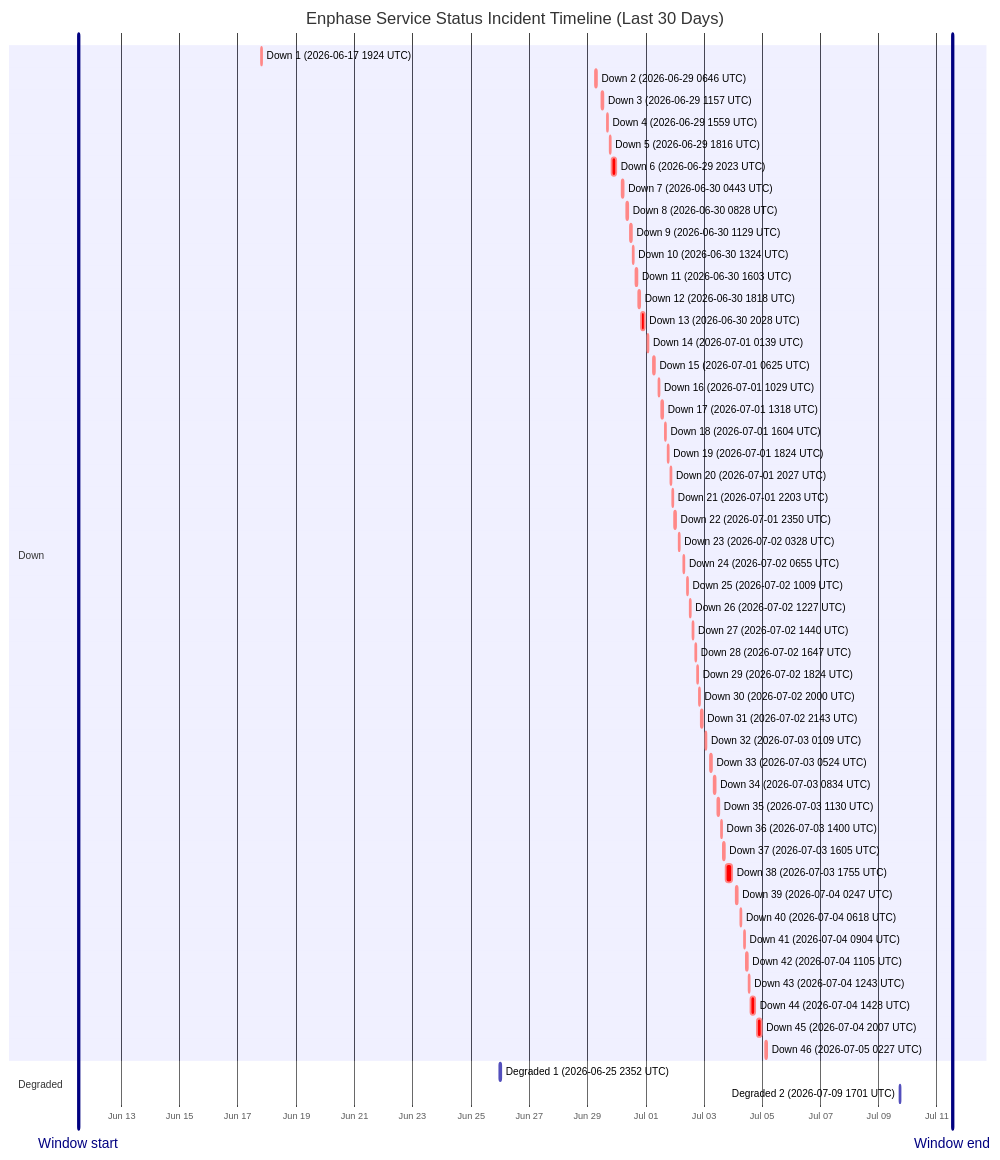
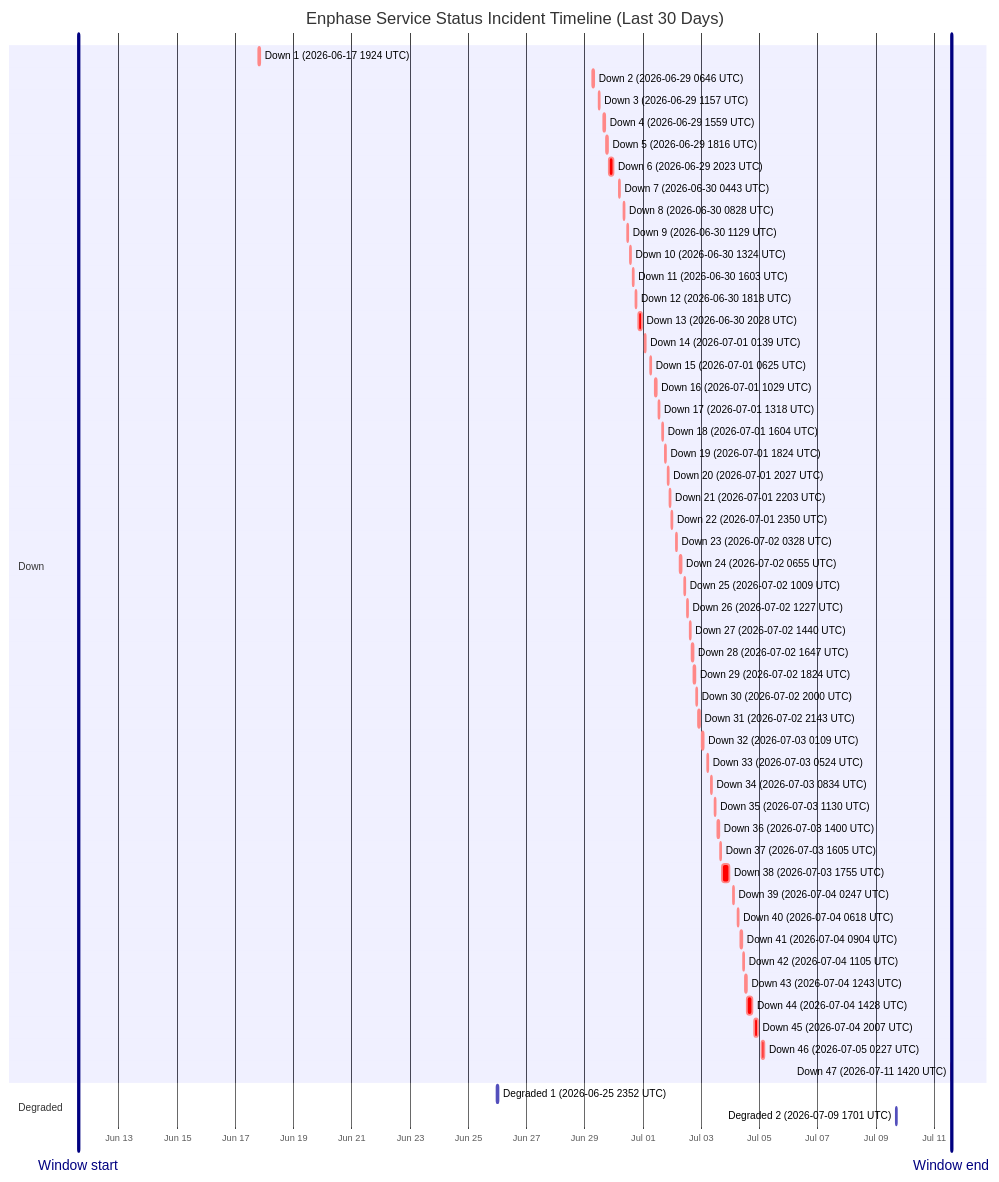
One commit to barneyonline/ha-enphase-energy changed the diagram in wiki/Service-Status-History.md. Above: the diagram before and after it, drawn with Mermaid. The commit also changed other lines of this file and 5 other files, not shown here.

````diff
--- a/wiki/Service-Status-History.md
+++ b/wiki/Service-Status-History.md
@@ -14,58 +14,59 @@
 ```mermaid
 gantt
     title Enphase Service Status Incident Timeline (Last 30 Days)
     dateFormat  YYYY-MM-DDTHH:mm:ss
     axisFormat  %b %d
-    Window start :vert, window-start, 2026-06-11T12:31:45, 0ms
-    Window end :vert, window-end, 2026-07-11T12:31:45, 0ms
+    Window start :vert, window-start, 2026-06-11T14:20:54, 0ms
+    Window end :vert, window-end, 2026-07-11T14:20:54, 0ms
     section Down
     Down 1 (2026-06-17 1924 UTC) :crit, down-1, 2026-06-17T19:24:51, 60m
     Down 2 (2026-06-29 0646 UTC) :crit, down-2, 2026-06-29T06:46:18, 60m
     Down 3 (2026-06-29 1157 UTC) :crit, down-3, 2026-06-29T11:57:36, 60m
     Down 4 (2026-06-29 1559 UTC) :crit, down-4, 2026-06-29T15:59:02, 60m
     Down 5 (2026-06-29 1816 UTC) :crit, down-5, 2026-06-29T18:16:38, 60m
     Down 6 (2026-06-29 2023 UTC) :crit, down-6, 2026-06-29T20:23:16, 220m
     Down 7 (2026-06-30 0443 UTC) :crit, down-7, 2026-06-30T04:43:54, 60m
     Down 8 (2026-06-30 0828 UTC) :crit, down-8, 2026-06-30T08:28:43, 60m
     Down 9 (2026-06-30 1129 UTC) :crit, down-9, 2026-06-30T11:29:15, 60m
     Down 10 (2026-06-30 1324 UTC) :crit, down-10, 2026-06-30T13:24:25, 60m
     Down 11 (2026-06-30 1603 UTC) :crit, down-11, 2026-06-30T16:03:26, 60m
     Down 12 (2026-06-30 1818 UTC) :crit, down-12, 2026-06-30T18:18:39, 60m
     Down 13 (2026-06-30 2028 UTC) :crit, down-13, 2026-06-30T20:28:54, 171m
     Down 14 (2026-07-01 0139 UTC) :crit, down-14, 2026-07-01T01:39:18, 60m
     Down 15 (2026-07-01 0625 UTC) :crit, down-15, 2026-07-01T06:25:35, 60m
     Down 16 (2026-07-01 1029 UTC) :crit, down-16, 2026-07-01T10:29:24, 60m
     Down 17 (2026-07-01 1318 UTC) :crit, down-17, 2026-07-01T13:18:31, 60m
     Down 18 (2026-07-01 1604 UTC) :crit, down-18, 2026-07-01T16:04:29, 60m
     Down 19 (2026-07-01 1824 UTC) :crit, down-19, 2026-07-01T18:24:21, 60m
     Down 20 (2026-07-01 2027 UTC) :crit, down-20, 2026-07-01T20:27:17, 60m
     Down 21 (2026-07-01 2203 UTC) :crit, down-21, 2026-07-01T22:03:46, 60m
     Down 22 (2026-07-01 2350 UTC) :crit, down-22, 2026-07-01T23:50:52, 60m
     Down 23 (2026-07-02 0328 UTC) :crit, down-23, 2026-07-02T03:28:33, 60m
     Down 24 (2026-07-02 0655 UTC) :crit, down-24, 2026-07-02T06:55:07, 60m
     Down 25 (2026-07-02 1009 UTC) :crit, down-25, 2026-07-02T10:09:15, 60m
     Down 26 (2026-07-02 1227 UTC) :crit, down-26, 2026-07-02T12:27:49, 60m
     Down 27 (2026-07-02 1440 UTC) :crit, down-27, 2026-07-02T14:40:53, 60m
     Down 28 (2026-07-02 1647 UTC) :crit, down-28, 2026-07-02T16:47:47, 60m
     Down 29 (2026-07-02 1824 UTC) :crit, down-29, 2026-07-02T18:24:26, 60m
     Down 30 (2026-07-02 2000 UTC) :crit, down-30, 2026-07-02T20:00:57, 60m
     Down 31 (2026-07-02 2143 UTC) :crit, down-31, 2026-07-02T21:43:52, 80m
     Down 32 (2026-07-03 0109 UTC) :crit, down-32, 2026-07-03T01:09:19, 60m
     Down 33 (2026-07-03 0524 UTC) :crit, down-33, 2026-07-03T05:24:23, 60m
     Down 34 (2026-07-03 0834 UTC) :crit, down-34, 2026-07-03T08:34:05, 60m
     Down 35 (2026-07-03 1130 UTC) :crit, down-35, 2026-07-03T11:30:41, 60m
     Down 36 (2026-07-03 1400 UTC) :crit, down-36, 2026-07-03T14:00:48, 60m
     Down 37 (2026-07-03 1605 UTC) :crit, down-37, 2026-07-03T16:05:49, 60m
     Down 38 (2026-07-03 1755 UTC) :crit, down-38, 2026-07-03T17:55:54, 338m
     Down 39 (2026-07-04 0247 UTC) :crit, down-39, 2026-07-04T02:47:22, 60m
     Down 40 (2026-07-04 0618 UTC) :crit, down-40, 2026-07-04T06:18:09, 60m
     Down 41 (2026-07-04 0904 UTC) :crit, down-41, 2026-07-04T09:04:41, 60m
     Down 42 (2026-07-04 1105 UTC) :crit, down-42, 2026-07-04T11:05:21, 60m
     Down 43 (2026-07-04 1243 UTC) :crit, down-43, 2026-07-04T12:43:25, 60m
     Down 44 (2026-07-04 1428 UTC) :crit, down-44, 2026-07-04T14:28:07, 243m
     Down 45 (2026-07-04 2007 UTC) :crit, down-45, 2026-07-04T20:07:50, 206m
     Down 46 (2026-07-05 0227 UTC) :crit, down-46, 2026-07-05T02:27:32, 109m
+    Down 47 (2026-07-11 1420 UTC) :crit, down-47, 2026-07-11T14:20:54, 60m
     section Degraded
     Degraded 1 (2026-06-25 2352 UTC) :active, degraded-1, 2026-06-25T23:52:01, 60m
     Degraded 2 (2026-07-09 1701 UTC) :active, degraded-2, 2026-07-09T17:01:02, 60m
 ```
````
